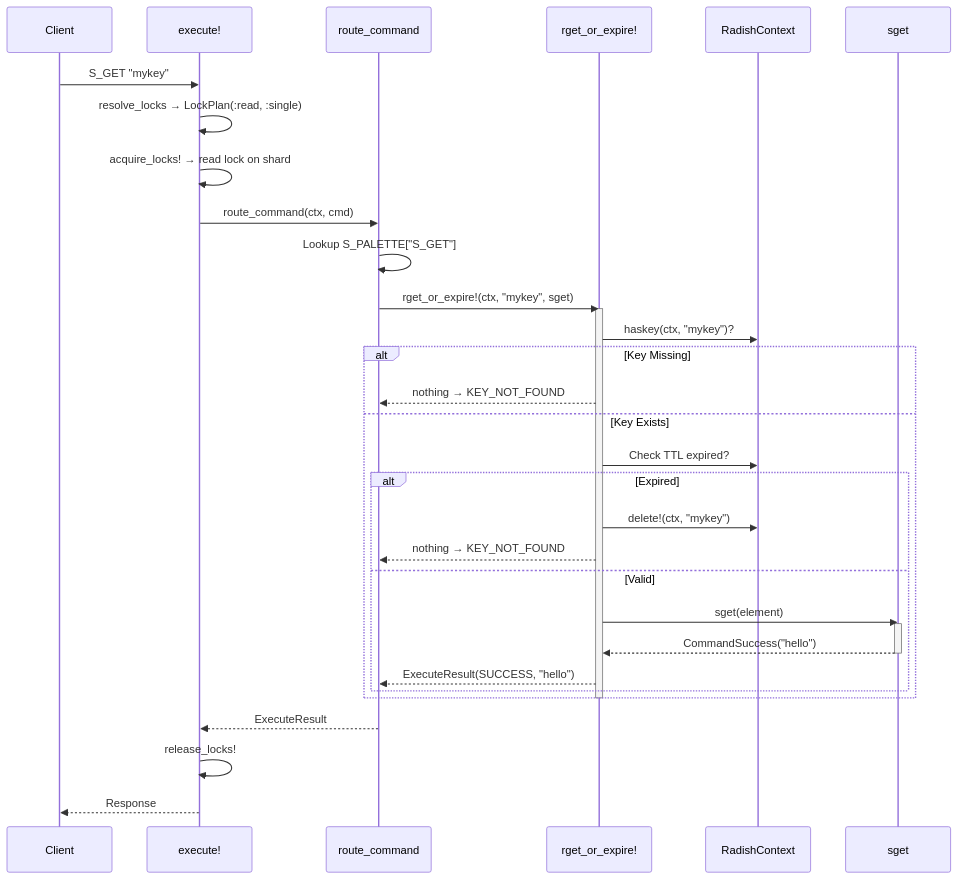
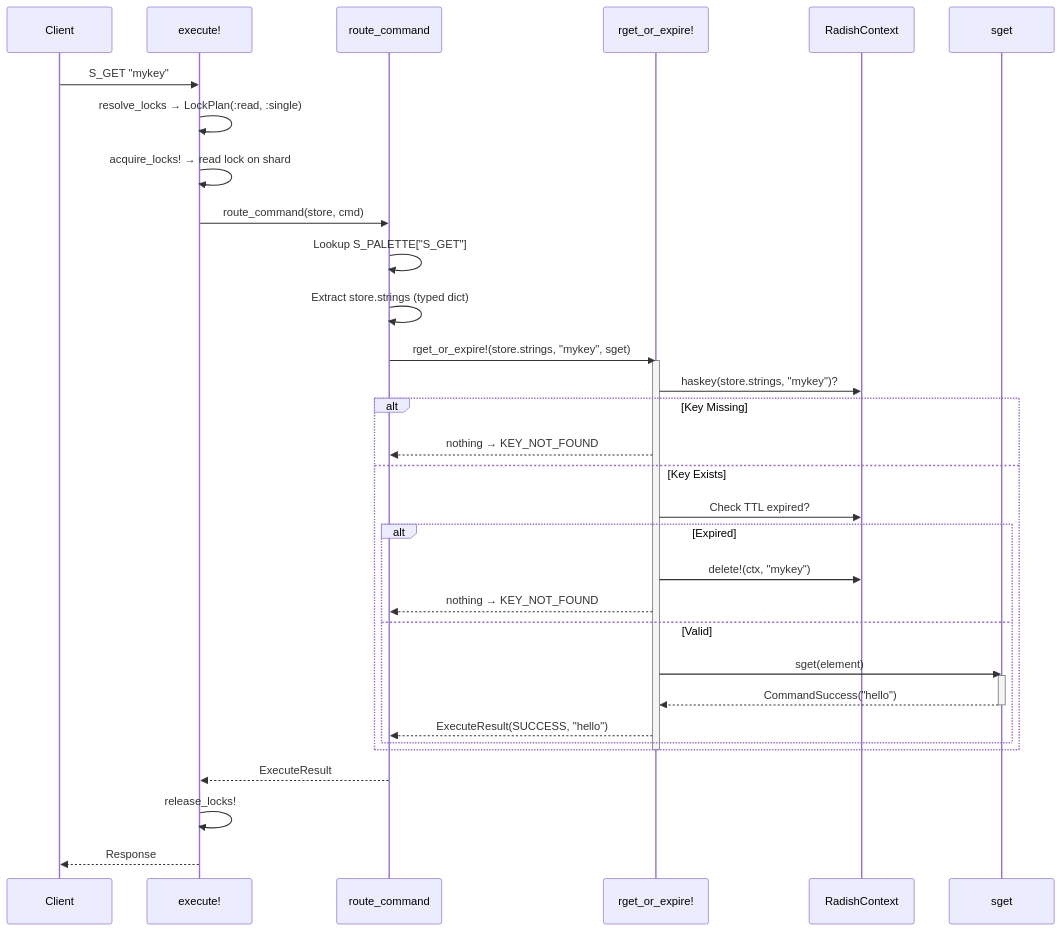
One commit to fabioscantamburlo/Radish changed the diagram in docs/architecture.md. Above: the diagram before and after it, drawn with Mermaid. The commit also changed other lines of this file and 45 other files, not shown here.

````diff
--- a/docs/architecture.md
+++ b/docs/architecture.md
@@ -108,39 +119,40 @@
 ```mermaid
 sequenceDiagram
     participant Client
     participant Dispatcher as execute!
     participant Router as route_command
     participant Hypercommand as rget_or_expire!
     participant Context as RadishContext
     participant TypeCmd as sget
 
     Client->>Dispatcher: S_GET "mykey"
     Dispatcher->>Dispatcher: resolve_locks → LockPlan(:read, :single)
     Dispatcher->>Dispatcher: acquire_locks! → read lock on shard
-    Dispatcher->>Router: route_command(ctx, cmd)
+    Dispatcher->>Router: route_command(store, cmd)
     Router->>Router: Lookup S_PALETTE["S_GET"]
-    Router->>Hypercommand: rget_or_expire!(ctx, "mykey", sget)
+    Router->>Router: Extract store.strings (typed dict)
+    Router->>Hypercommand: rget_or_expire!(store.strings, "mykey", sget)
 
     activate Hypercommand
-    Hypercommand->>Context: haskey(ctx, "mykey")?
+    Hypercommand->>Context: haskey(store.strings, "mykey")?
     alt Key Missing
         Hypercommand-->>Router: nothing → KEY_NOT_FOUND
     else Key Exists
         Hypercommand->>Context: Check TTL expired?
         alt Expired
             Hypercommand->>Context: delete!(ctx, "mykey")
             Hypercommand-->>Router: nothing → KEY_NOT_FOUND
         else Valid
             Hypercommand->>TypeCmd: sget(element)
             activate TypeCmd
             TypeCmd-->>Hypercommand: CommandSuccess("hello")
             deactivate TypeCmd
             Hypercommand-->>Router: ExecuteResult(SUCCESS, "hello")
         end
     end
     deactivate Hypercommand
 
     Router-->>Dispatcher: ExecuteResult
     Dispatcher->>Dispatcher: release_locks!
     Dispatcher-->>Client: Response
 ```
````
